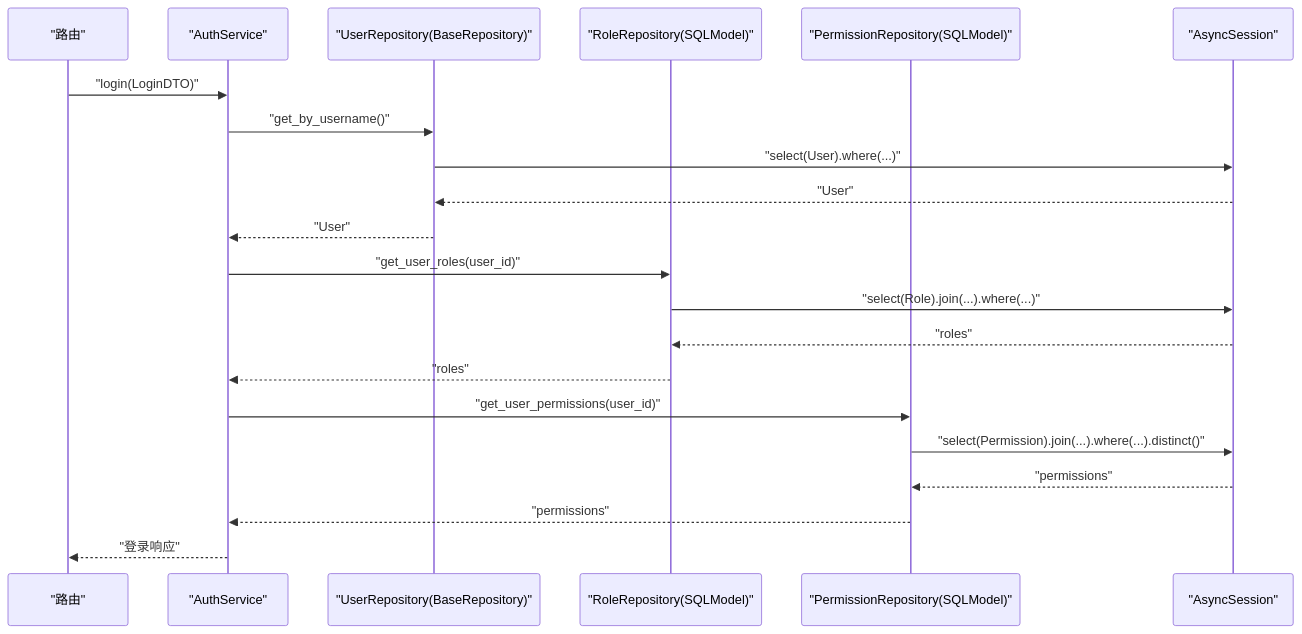
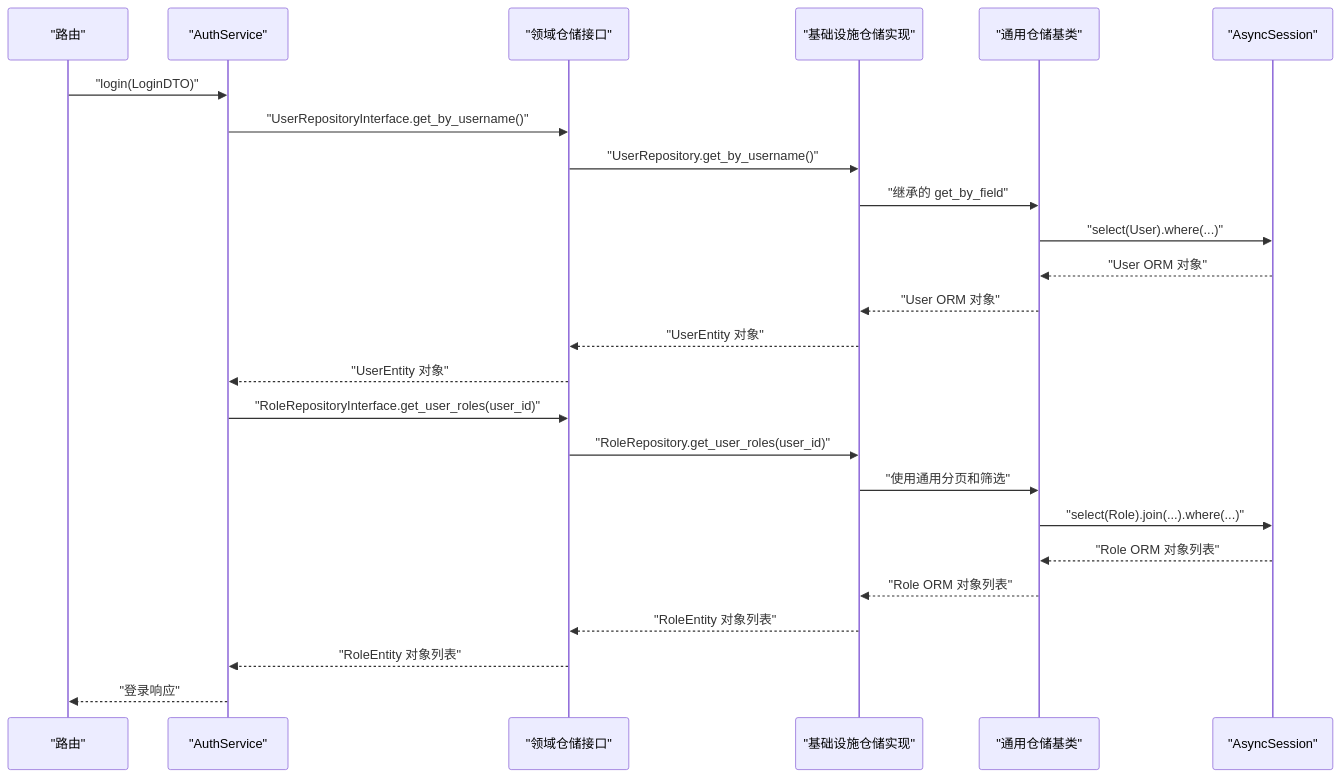
The fifth of 7 diagrams in .qoder/repowiki/zh/content/后端架构设计/DDD 分层架构详解/基础设施层（Data Access）.md (taoweidong/Hello-FastApi), drawn with Mermaid before and after one commit. The commit also changed other lines of this file and 18 other files, not shown here.

````diff
--- a/.qoder/repowiki/zh/content/后端架构设计/DDD 分层架构详解/基础设施层（Data Access）.md
+++ b/.qoder/repowiki/zh/content/后端架构设计/DDD 分层架构详解/基础设施层（Data Access）.md
@@ -367,23 +472,27 @@
 ```mermaid
 sequenceDiagram
 participant API as "路由"
 participant Svc as "AuthService"
-participant URepo as "UserRepository(BaseRepository)"
-participant RRepo as "RoleRepository(SQLModel)"
-participant PRepo as "PermissionRepository(SQLModel)"
+participant DomainRepo as "领域仓储接口"
+participant InfraRepo as "基础设施仓储实现"
+participant BaseRepo as "通用仓储基类"
 participant DB as "AsyncSession"
 API->>Svc : "login(LoginDTO)"
-Svc->>URepo : "get_by_username()"
-URepo->>DB : "select(User).where(...)"
-DB-->>URepo : "User"
-URepo-->>Svc : "User"
-Svc->>RRepo : "get_user_roles(user_id)"
-RRepo->>DB : "select(Role).join(...).where(...)"
-DB-->>RRepo : "roles"
-RRepo-->>Svc : "roles"
-Svc->>PRepo : "get_user_permissions(user_id)"
-PRepo->>DB : "select(Permission).join(...).where(...).distinct()"
-DB-->>PRepo : "permissions"
-PRepo-->>Svc : "permissions"
+Svc->>DomainRepo : "UserRepositoryInterface.get_by_username()"
+DomainRepo->>InfraRepo : "UserRepository.get_by_username()"
+InfraRepo->>BaseRepo : "继承的 get_by_field"
+BaseRepo->>DB : "select(User).where(...)"
+DB-->>BaseRepo : "User ORM 对象"
+BaseRepo-->>InfraRepo : "User ORM 对象"
+InfraRepo-->>DomainRepo : "UserEntity 对象"
+DomainRepo-->>Svc : "UserEntity 对象"
+Svc->>DomainRepo : "RoleRepositoryInterface.get_user_roles(user_id)"
+DomainRepo->>InfraRepo : "RoleRepository.get_user_roles(user_id)"
+InfraRepo->>BaseRepo : "使用通用分页和筛选"
+BaseRepo->>DB : "select(Role).join(...).where(...)"
+DB-->>BaseRepo : "Role ORM 对象列表"
+BaseRepo-->>InfraRepo : "Role ORM 对象列表"
+InfraRepo-->>DomainRepo : "RoleEntity 对象列表"
+DomainRepo-->>Svc : "RoleEntity 对象列表"
 Svc-->>API : "登录响应"
 ```
````
